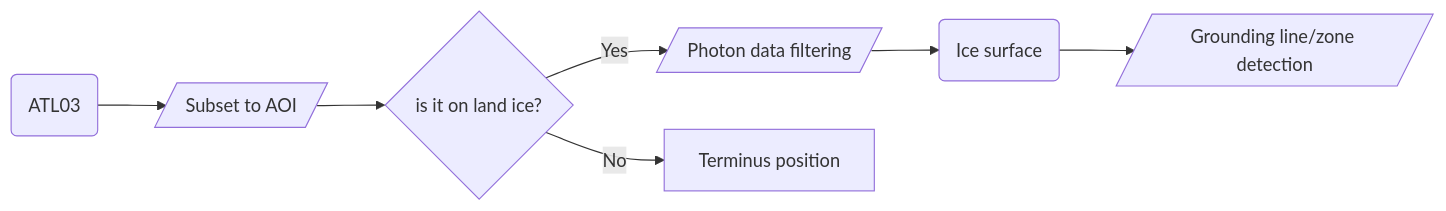
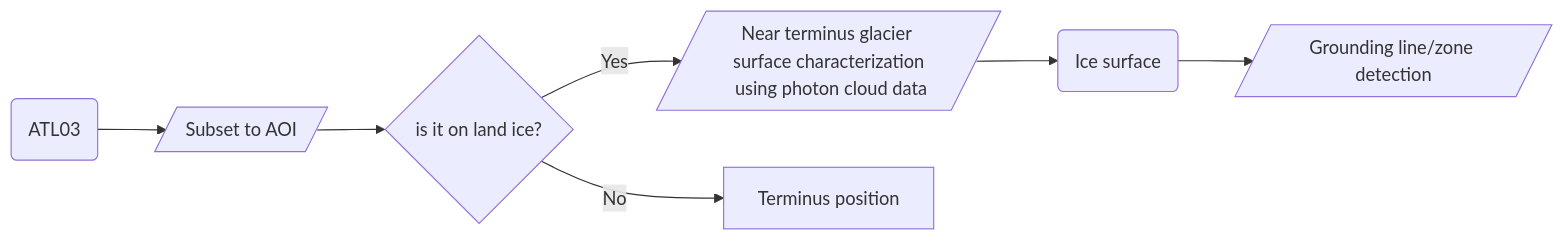
Before and after one commit to ICESAT-2HackWeek/GroundingLine-Greenland: the second of 2 diagrams in README.md, drawn with Mermaid. The commit also changed other lines of this file, not shown here.

````diff
--- a/README.md
+++ b/README.md
@@ -73,9 +73,9 @@
 ```mermaid
 graph LR;
     A(ATL03)-->B[/Subset to AOI/];
     B-->C{is it on land ice?};
-    C-->|Yes| D[/Photon data filtering/];
+    C-->|Yes| D[/Near terminus glacier surface characterization\n using photon cloud data/];
     C-->|No| E[Terminus position];
     D-->F(Ice surface);
     F-->G[/Grounding line/zone detection/]
 ```
````
